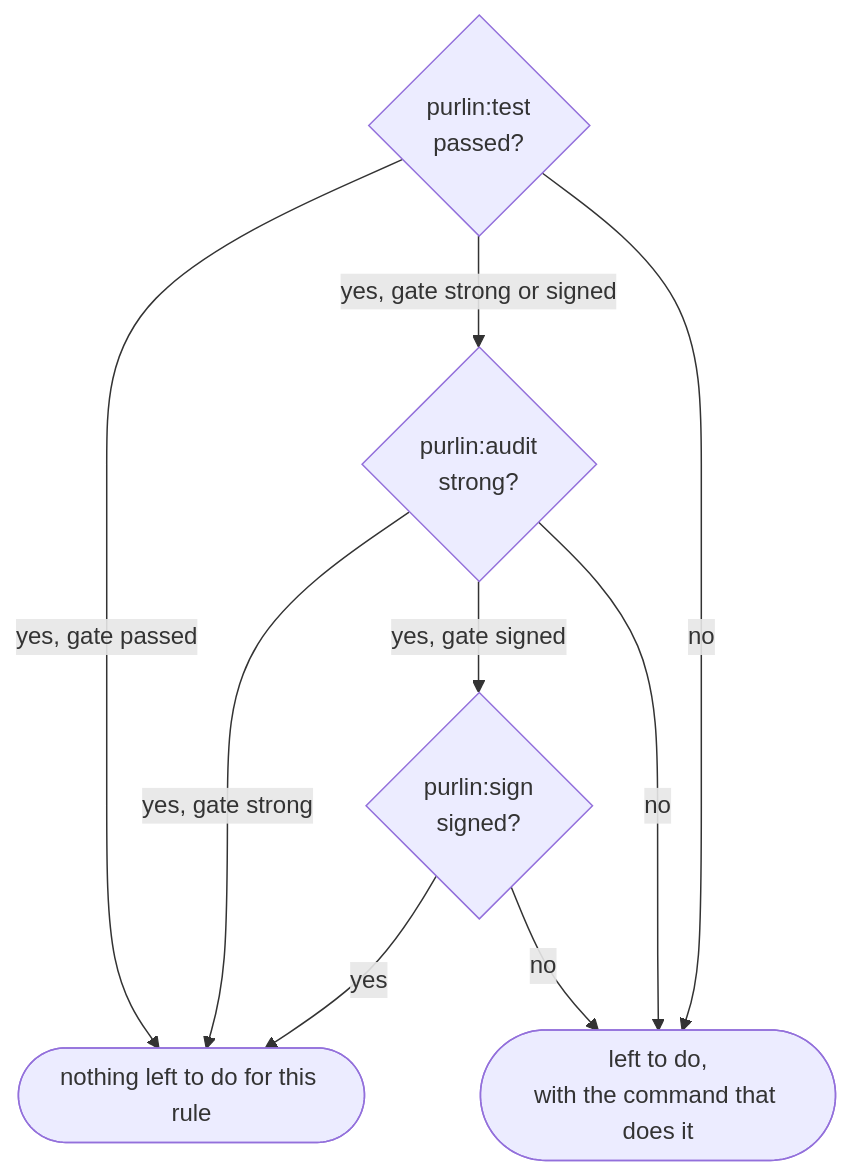
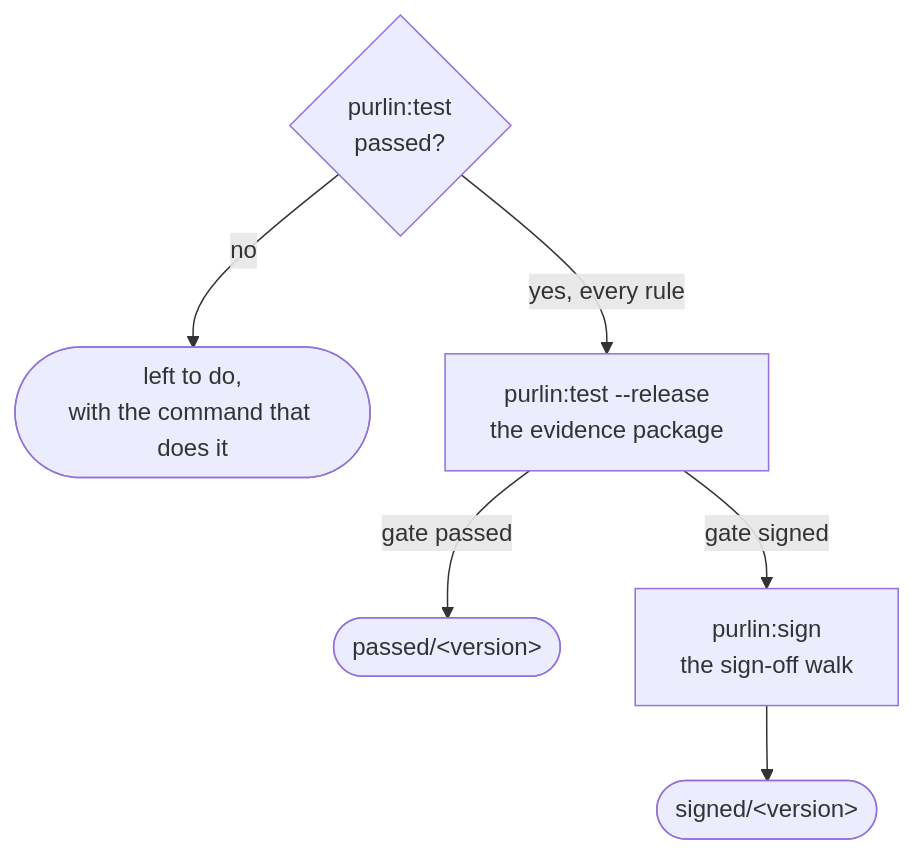
The diagram in docs/how-purlin-works.md (rlabarca/purlin), drawn with Mermaid before and after one commit. The commit also changed other lines of this file and 14 other files, not shown here.

First line of the commit message:
docs: the release and the sign-off, two gates, the audit as a tool (decision 103)

````diff
--- a/docs/how-purlin-works.md
+++ b/docs/how-purlin-works.md
@@ -11,16 +12,14 @@
 ```mermaid
 flowchart TD
     T{"purlin:test<br>passed?"}
-    A{"purlin:audit<br>strong?"}
-    S{"purlin:sign<br>signed?"}
-    D(["nothing left to do for this rule"])
     L(["left to do,<br>with the command that does it"])
-    T -->|"yes, gate passed"| D
-    T -->|"yes, gate strong or signed"| A
-    A -->|"yes, gate strong"| D
-    A -->|"yes, gate signed"| S
-    S -->|yes| D
+    R["purlin:test --release<br>the evidence package"]
+    P(["passed/#lt;version#gt;"])
+    S["purlin:sign<br>the sign-off walk"]
+    G(["signed/#lt;version#gt;"])
     T -->|no| L
-    A -->|no| L
-    S -->|no| L
+    T -->|"yes, every rule"| R
+    R -->|"gate passed"| P
+    R -->|"gate signed"| S
+    S --> G
 ```
````
